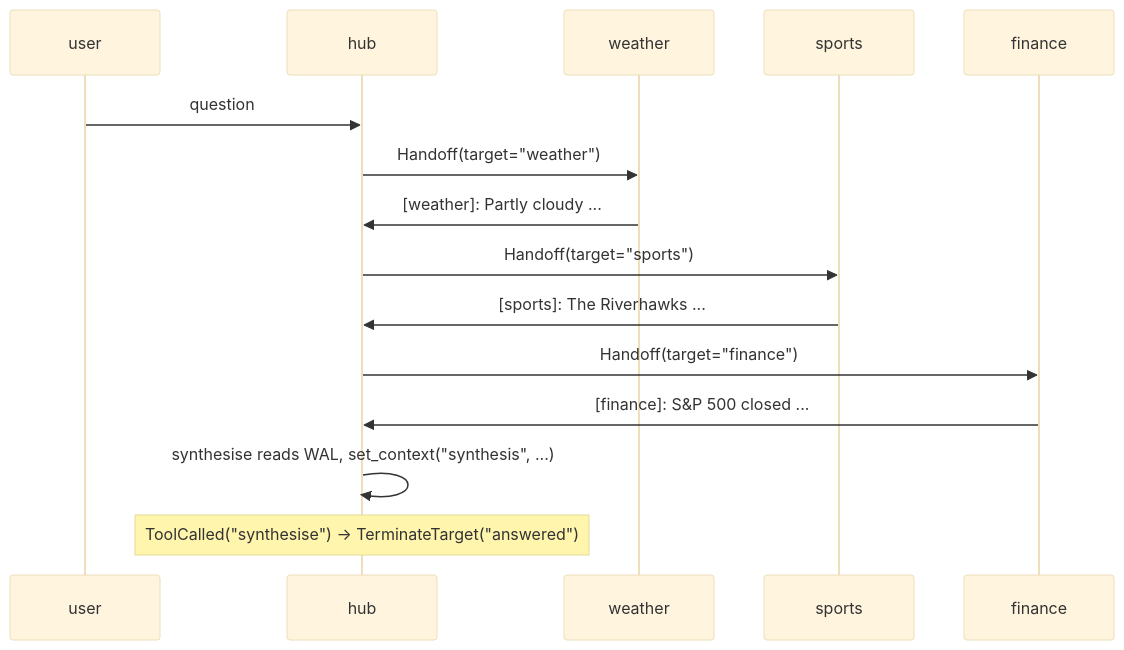
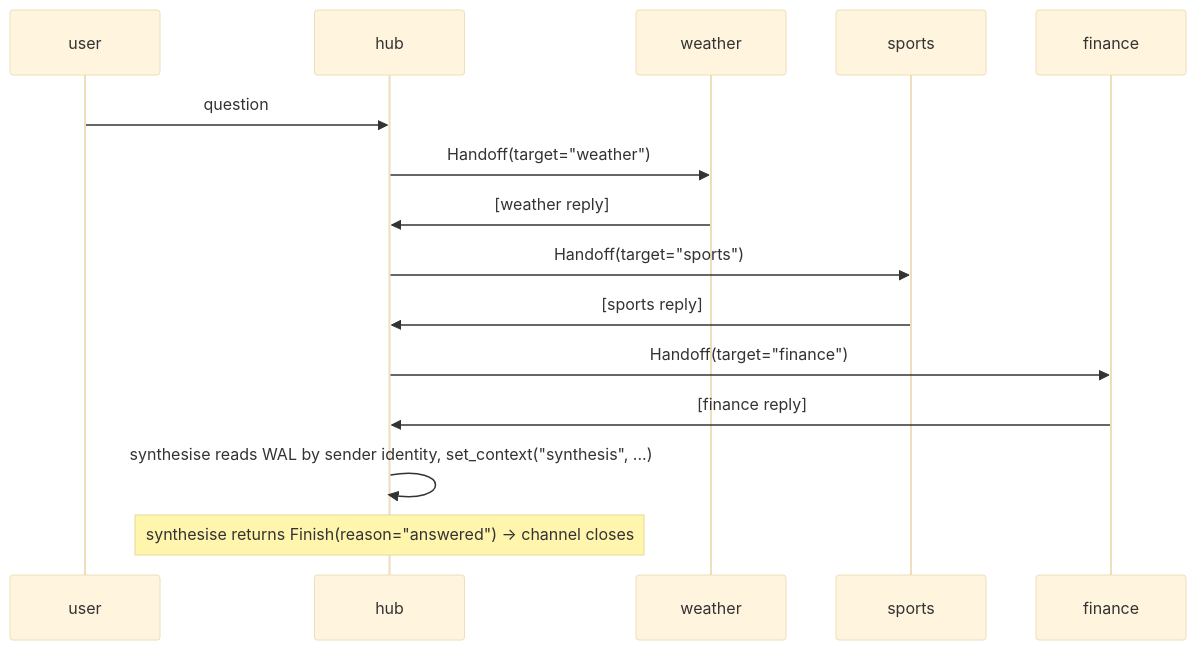
Before and after one commit to shaneholloman/ag2: the diagram in website/docs/beta/network/pattern_cookbook/star.mdx, drawn with Mermaid (base theme). The commit also changed other lines of this file and 1 other file, not shown here.

````diff
--- a/website/docs/beta/network/pattern_cookbook/star.mdx
+++ b/website/docs/beta/network/pattern_cookbook/star.mdx
@@ -72,18 +71,18 @@
 ```mermaid
 sequenceDiagram
     participant User as user
     participant Hub as hub
     participant Weather as weather
     participant Sports as sports
     participant Finance as finance
 
     User->>Hub: question
     Hub->>Weather: Handoff(target="weather")
-    Weather->>Hub: [weather]: Partly cloudy ...
+    Weather->>Hub: [weather reply]
     Hub->>Sports: Handoff(target="sports")
-    Sports->>Hub: [sports]: The Riverhawks ...
+    Sports->>Hub: [sports reply]
     Hub->>Finance: Handoff(target="finance")
-    Finance->>Hub: [finance]: S&P 500 closed ...
-    Hub->>Hub: synthesise reads WAL, set_context("synthesis", ...)
-    Note over Hub: ToolCalled("synthesise") → TerminateTarget("answered")
+    Finance->>Hub: [finance reply]
+    Hub->>Hub: synthesise reads WAL by sender identity, set_context("synthesis", ...)
+    Note over Hub: synthesise returns Finish(reason="answered") → channel closes
 ```
````
